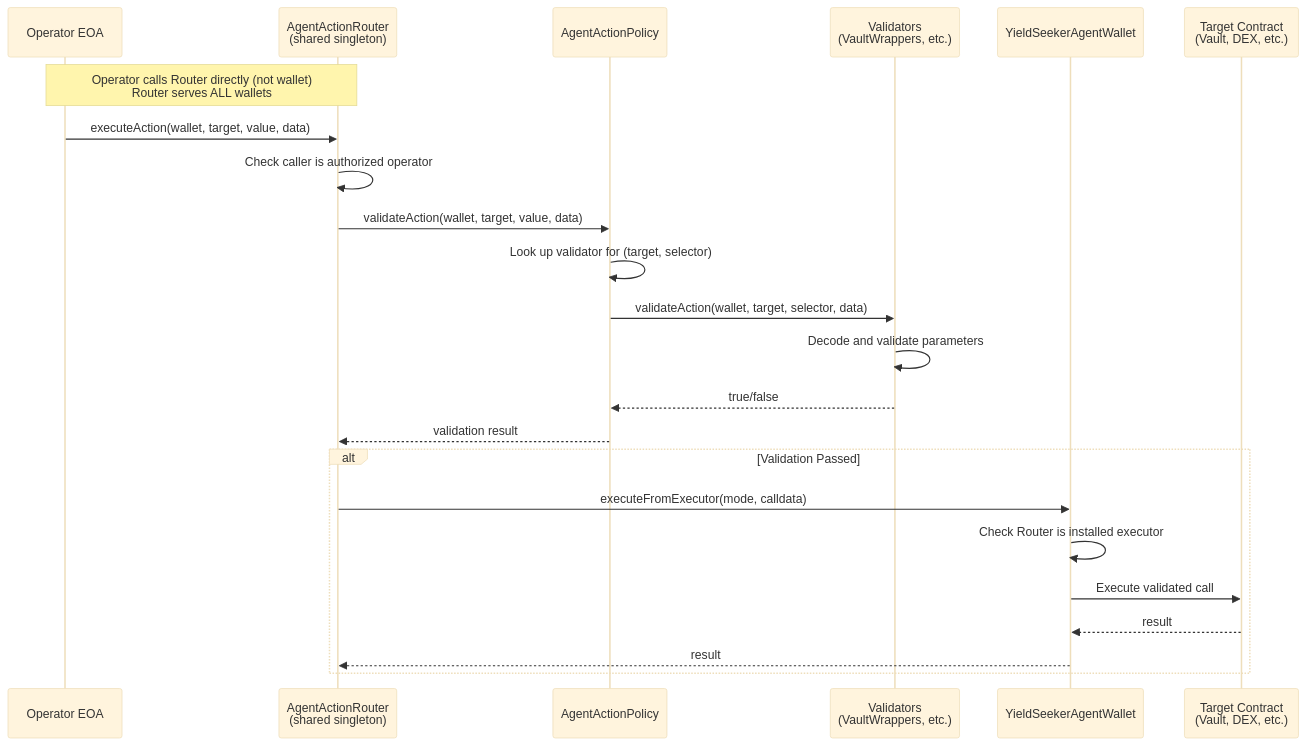
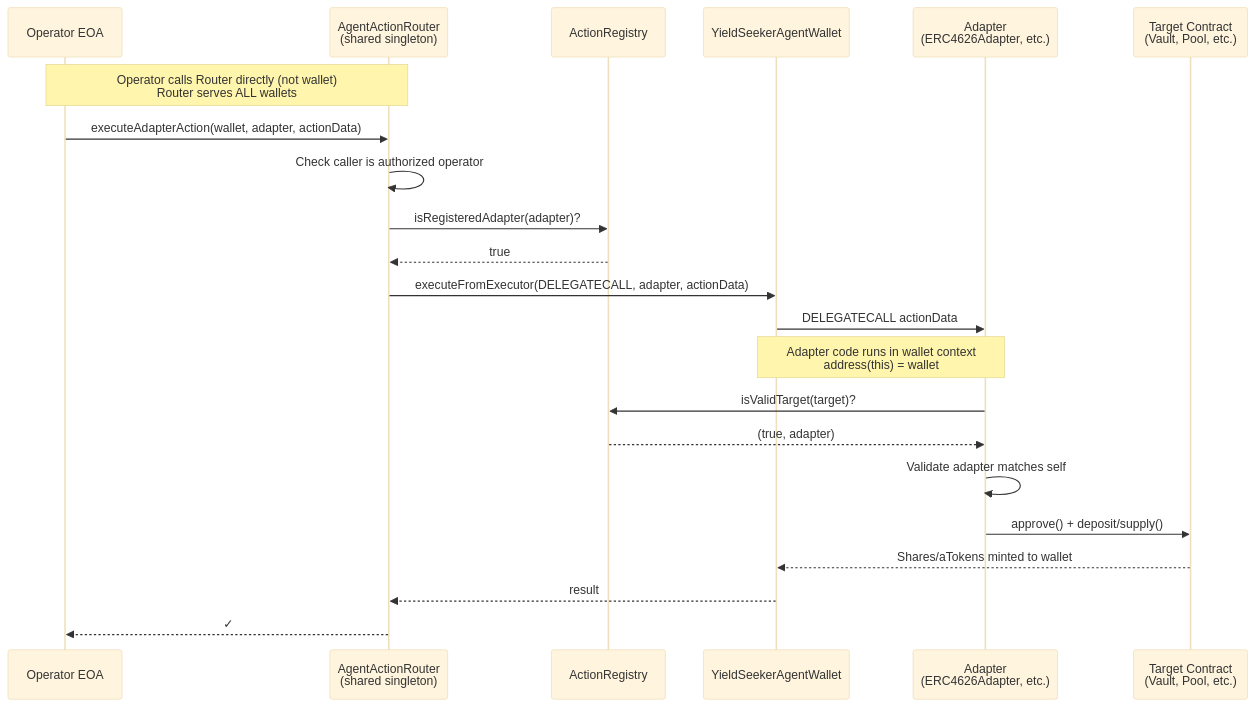
The second of 8 diagrams in blockchain3/README.md (tokenpage/yieldseeker-contracts), drawn with Mermaid (base theme) before and after one commit. The commit also changed other lines of this file and 39 other files, not shown here.

````diff
--- a/blockchain3/README.md
+++ b/blockchain3/README.md
@@ -118,28 +125,26 @@
 ```mermaid
 sequenceDiagram
     participant Op as Operator EOA
     participant Router as AgentActionRouter<br/>(shared singleton)
-    participant Policy as AgentActionPolicy
-    participant Validator as Validators<br/>(VaultWrappers, etc.)
+    participant Registry as ActionRegistry
     participant Wallet as YieldSeekerAgentWallet
-    participant Target as Target Contract<br/>(Vault, DEX, etc.)
+    participant Adapter as Adapter<br/>(ERC4626Adapter, etc.)
+    participant Target as Target Contract<br/>(Vault, Pool, etc.)
 
     Note over Op,Router: Operator calls Router directly (not wallet)<br/>Router serves ALL wallets
 
-    Op->>Router: executeAction(wallet, target, value, data)
+    Op->>Router: executeAdapterAction(wallet, adapter, actionData)
     Router->>Router: Check caller is authorized operator
-    Router->>Policy: validateAction(wallet, target, value, data)
-    Policy->>Policy: Look up validator for (target, selector)
-    Policy->>Validator: validateAction(wallet, target, selector, data)
-    Validator->>Validator: Decode and validate parameters
-    Validator-->>Policy: true/false
-    Policy-->>Router: validation result
-
-    alt Validation Passed
-        Router->>Wallet: executeFromExecutor(mode, calldata)
-        Wallet->>Wallet: Check Router is installed executor
-        Wallet->>Target: Execute validated call
-        Target-->>Wallet: result
-        Wallet-->>Router: result
-    end
+    Router->>Registry: isRegisteredAdapter(adapter)?
+    Registry-->>Router: true
+    Router->>Wallet: executeFromExecutor(DELEGATECALL, adapter, actionData)
+    Wallet->>Adapter: DELEGATECALL actionData
+    Note over Wallet,Adapter: Adapter code runs in wallet context<br/>address(this) = wallet
+    Adapter->>Registry: isValidTarget(target)?
+    Registry-->>Adapter: (true, adapter)
+    Adapter->>Adapter: Validate adapter matches self
+    Adapter->>Target: approve() + deposit/supply()
+    Target-->>Wallet: Shares/aTokens minted to wallet
+    Wallet-->>Router: result
+    Router-->>Op: ✓
 ```
````
